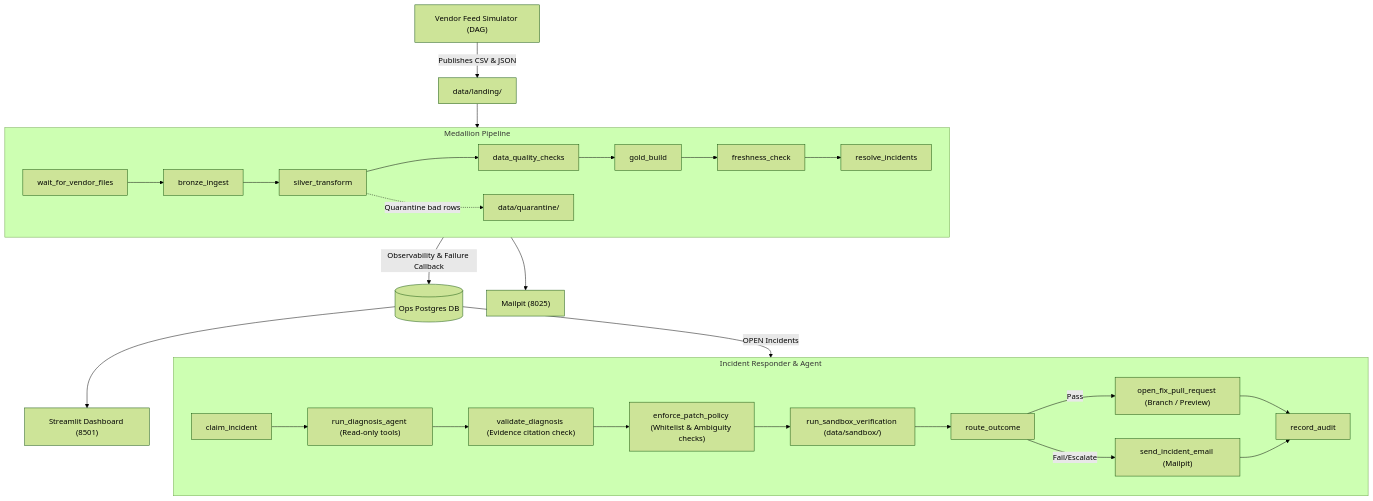
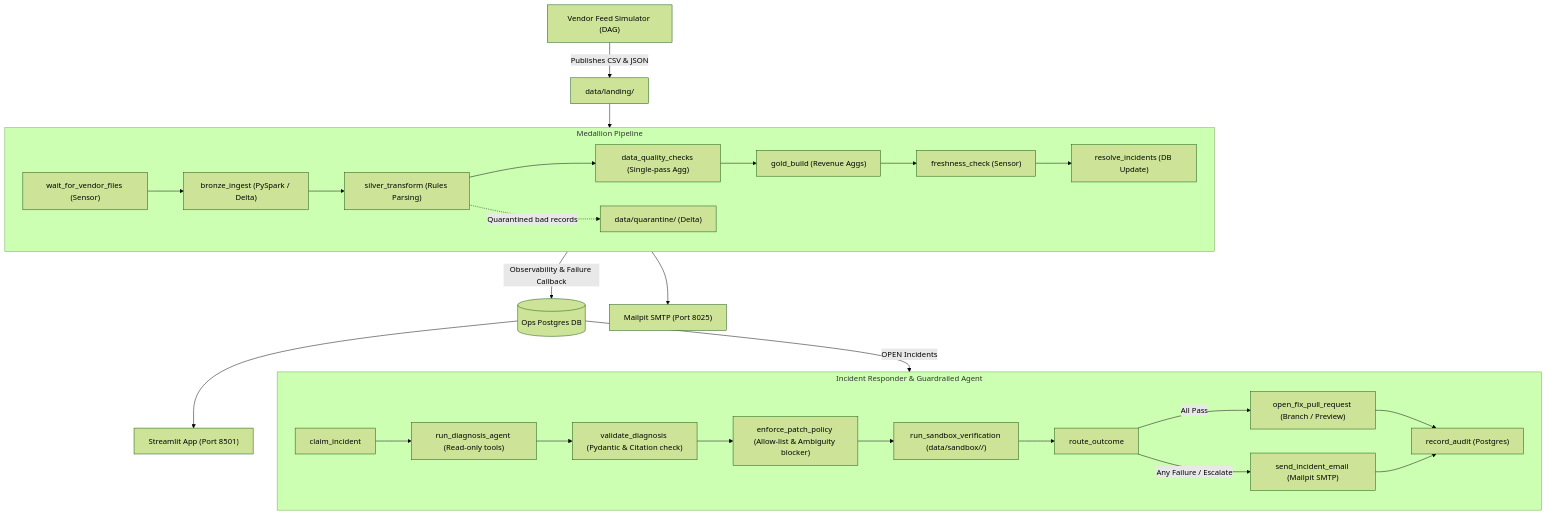
Before and after one commit to Keerthansundar/data-pipeline-sentinel: the first of 3 diagrams in docs/architecture.md, drawn with Mermaid (forest theme). The commit also changed other lines of this file and 4 other files, not shown here.

Commit message:
Phase 7 complete: Production README, system architecture, operational runbook, and verification debt roadmap

````diff
--- a/docs/architecture.md
+++ b/docs/architecture.md
@@ -6,33 +11,33 @@
 ```mermaid
 flowchart TD
     VendorFeed["Vendor Feed Simulator (DAG)"] -->|Publishes CSV & JSON| Landing["data/landing/"]
     Landing --> MedallionDAG["orders_medallion_daily (DAG)"]
     
     subgraph MedallionDAG [Medallion Pipeline]
-        wait["wait_for_vendor_files"] --> bronze["bronze_ingest"]
-        bronze --> silver["silver_transform"]
-        silver --> dq["data_quality_checks"]
-        dq --> gold["gold_build"]
-        gold --> freshness["freshness_check"]
-        freshness --> resolve["resolve_incidents"]
-        silver -.->|Quarantine bad rows| Quarantine["data/quarantine/"]
+        wait["wait_for_vendor_files (Sensor)"] --> bronze["bronze_ingest (PySpark / Delta)"]
+        bronze --> silver["silver_transform (Rules Parsing)"]
+        silver --> dq["data_quality_checks (Single-pass Agg)"]
+        dq --> gold["gold_build (Revenue Aggs)"]
+        gold --> freshness["freshness_check (Sensor)"]
+        freshness --> resolve["resolve_incidents (DB Update)"]
+        silver -.->|Quarantined bad records| Quarantine["data/quarantine/ (Delta)"]
     end
 
     MedallionDAG -->|Observability & Failure Callback| OpsDB[("Ops Postgres DB")]
     OpsDB -->|OPEN Incidents| ResponderDAG["incident_responder (DAG)"]
 
-    subgraph ResponderDAG [Incident Responder & Agent]
+    subgraph ResponderDAG [Incident Responder & Guardrailed Agent]
         claim["claim_incident"] --> agent["run_diagnosis_agent (Read-only tools)"]
-        agent --> validate["validate_diagnosis (Evidence citation check)"]
-        validate --> policy["enforce_patch_policy (Whitelist & Ambiguity checks)"]
-        policy --> sandbox["run_sandbox_verification (data/sandbox/)"]
+        agent --> validate["validate_diagnosis (Pydantic & Citation check)"]
+        validate --> policy["enforce_patch_policy (Allow-list & Ambiguity blocker)"]
+        policy --> sandbox["run_sandbox_verification (data/sandbox/<id>/)"]
         sandbox --> route["route_outcome"]
-        route -->|Pass| pr["open_fix_pull_request (Branch / Preview)"]
-        route -->|Fail/Escalate| email["send_incident_email (Mailpit)"]
-        pr --> audit["record_audit"]
+        route -->|All Pass| pr["open_fix_pull_request (Branch / Preview)"]
+        route -->|Any Failure / Escalate| email["send_incident_email (Mailpit SMTP)"]
+        pr --> audit["record_audit (Postgres)"]
         email --> audit
     end
 
-    OpsDB --> Dashboard["Streamlit Dashboard (8501)"]
-    MedallionDAG --> Mailpit["Mailpit (8025)"]
+    OpsDB --> Dashboard["Streamlit App (Port 8501)"]
+    MedallionDAG --> Mailpit["Mailpit SMTP (Port 8025)"]
 ```
````
